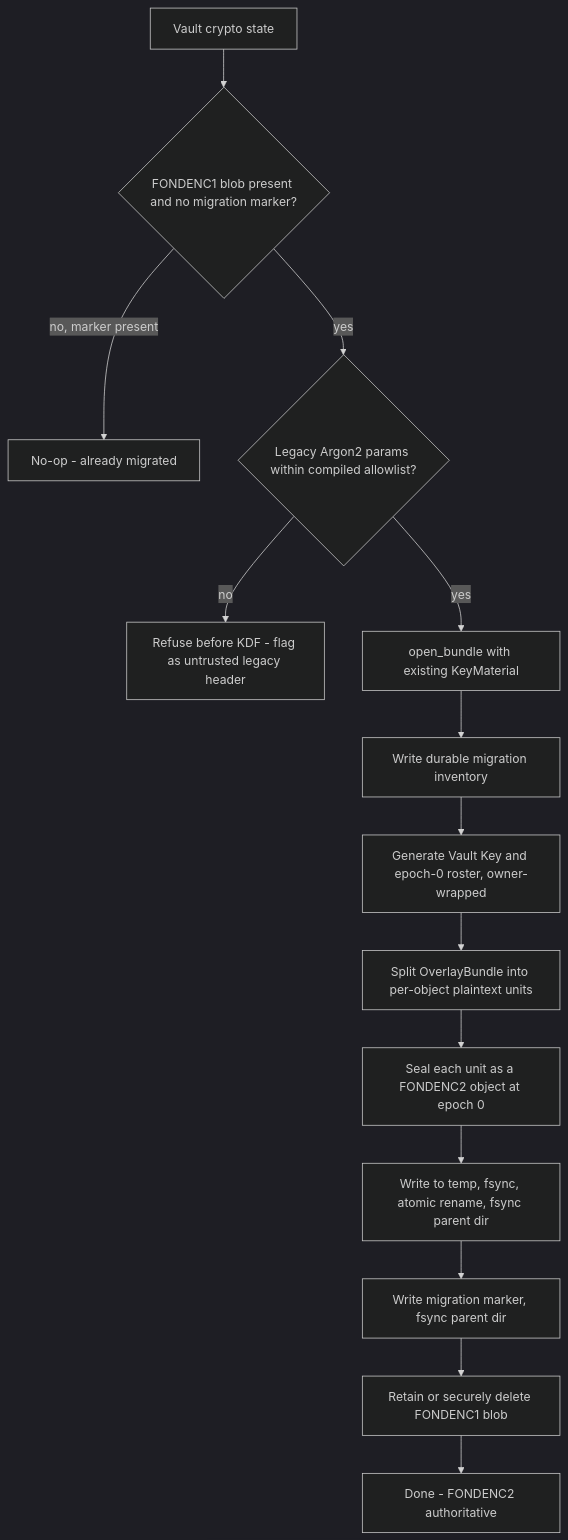
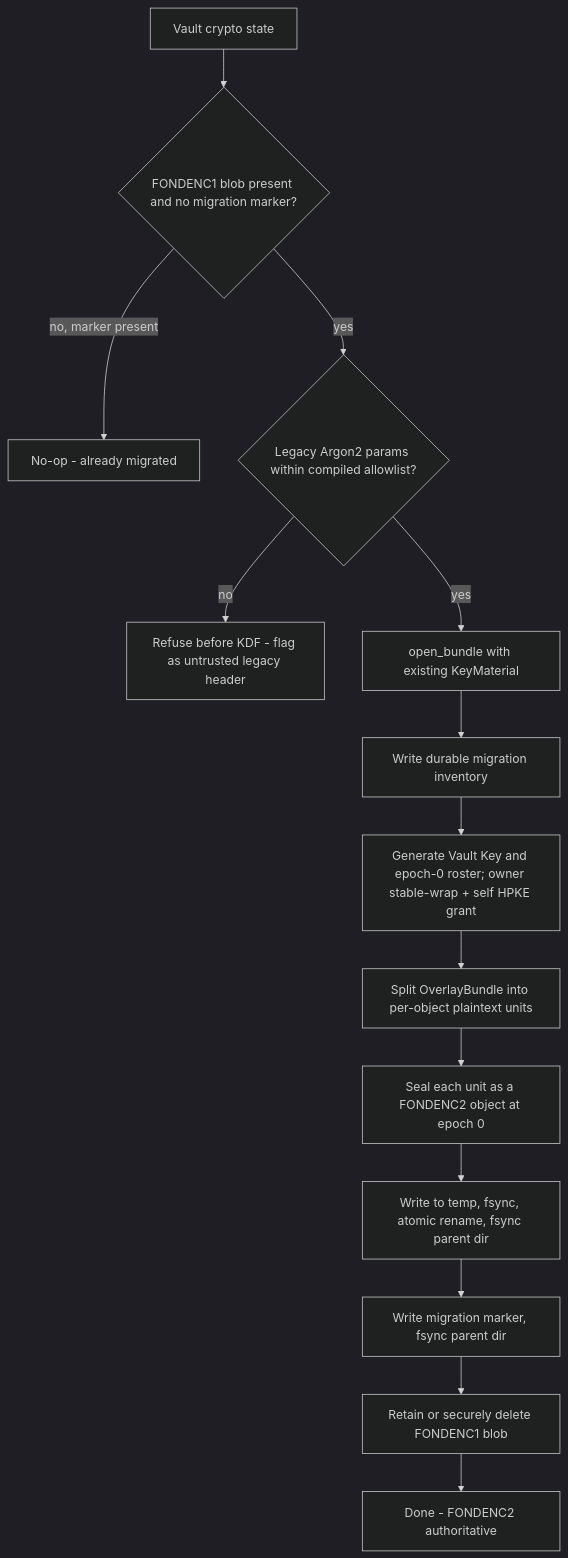
Before and after one commit to kafkade/fond: the third of 3 diagrams in docs/adr/020-zero-knowledge-identity.md, drawn with Mermaid (dark theme). The commit also changed other lines of this file and 1 other file, not shown here.

First line of the commit message:
docs(adr): fix FONDENC2 epoch-rotation and new-member bootstrap blockers from the round-2 adversarial review (#156)

````diff
--- a/docs/adr/020-zero-knowledge-identity.md
+++ b/docs/adr/020-zero-knowledge-identity.md
@@ -973,16 +1137,16 @@
 ```mermaid
 flowchart TD
     A[Vault crypto state] --> B{FONDENC1 blob present and no migration marker?}
     B -->|no, marker present| Z[No-op - already migrated]
     B -->|yes| P{Legacy Argon2 params within compiled allowlist?}
     P -->|no| X[Refuse before KDF - flag as untrusted legacy header]
     P -->|yes| C[open_bundle with existing KeyMaterial]
     C --> INV[Write durable migration inventory]
-    INV --> D[Generate Vault Key and epoch-0 roster, owner-wrapped]
+    INV --> D[Generate Vault Key and epoch-0 roster; owner stable-wrap + self HPKE grant]
     D --> E[Split OverlayBundle into per-object plaintext units]
     E --> F[Seal each unit as a FONDENC2 object at epoch 0]
     F --> G[Write to temp, fsync, atomic rename, fsync parent dir]
     G --> H[Write migration marker, fsync parent dir]
     H --> I[Retain or securely delete FONDENC1 blob]
     I --> J[Done - FONDENC2 authoritative]
 ```
````
